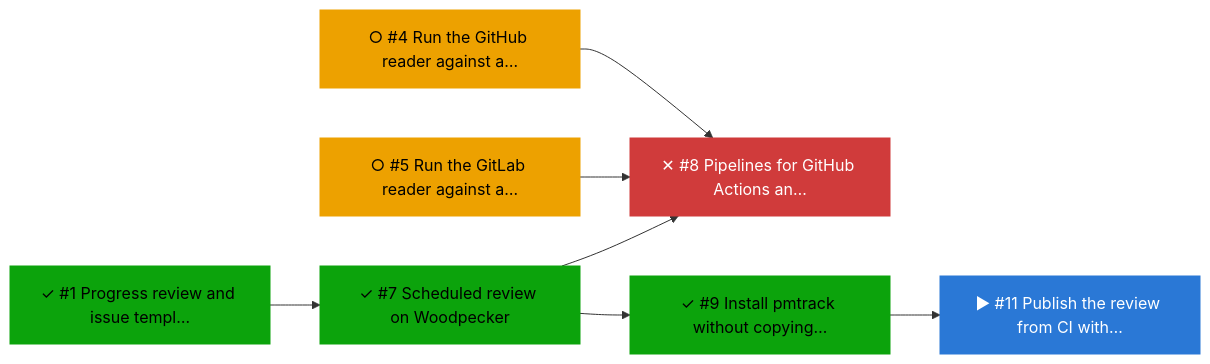
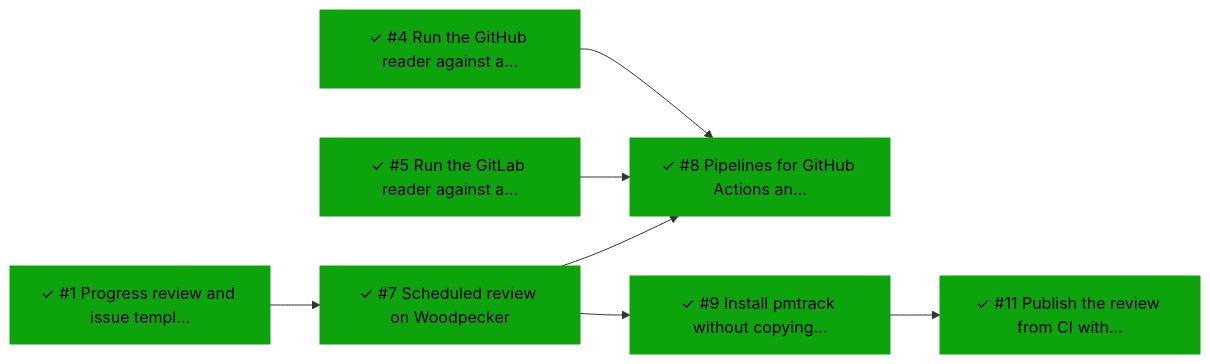
The second of 3 diagrams in ci.md (bvraghav/pmtrack), drawn with Mermaid before and after one commit. The commit also changed other lines of this file and 4 other files, not shown here.

````diff
--- a/ci.md
+++ b/ci.md
@@ -47,22 +43,22 @@
 ```mermaid
 flowchart LR
   n0["✓ #1 Progress review and issue templ…"]:::done
-  n1["▶ #11 Publish the review from CI with…"]:::active
-  n2["○ #4 Run the GitHub reader against a…"]:::ready
-  n3["○ #5 Run the GitLab reader against a…"]:::ready
+  n1["✓ #11 Publish the review from CI with…"]:::done
+  n2["✓ #4 Run the GitHub reader against a…"]:::done
+  n3["✓ #5 Run the GitLab reader against a…"]:::done
   n4["✓ #7 Scheduled review on Woodpecker"]:::done
-  n5["✕ #8 Pipelines for GitHub Actions an…"]:::blocked
+  n5["✓ #8 Pipelines for GitHub Actions an…"]:::done
   n6["✓ #9 Install pmtrack without copying…"]:::done
   n6 --> n1
   n0 --> n4
   n4 --> n5
   n2 --> n5
   n3 --> n5
   n4 --> n6
   classDef done fill:#0ca30c,color:#000,stroke:#0ca30c
   classDef active fill:#2a78d6,color:#fff,stroke:#2a78d6
   classDef ready fill:#eda100,color:#000,stroke:#eda100
   classDef blocked fill:#d03b3b,color:#fff,stroke:#d03b3b
   classDef unknown fill:#898781,color:#000,stroke:#898781
   classDef dropped fill:#898781,color:#000,stroke:#898781
 ```
````
